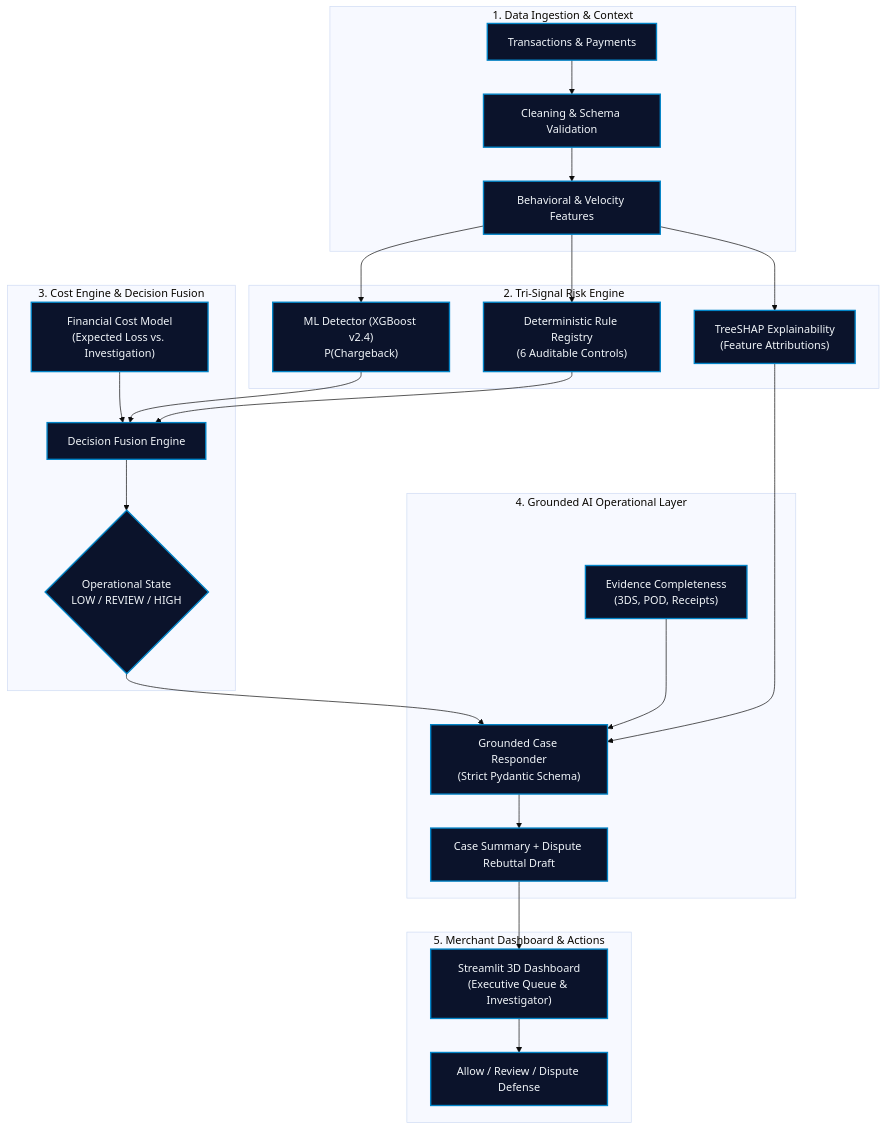
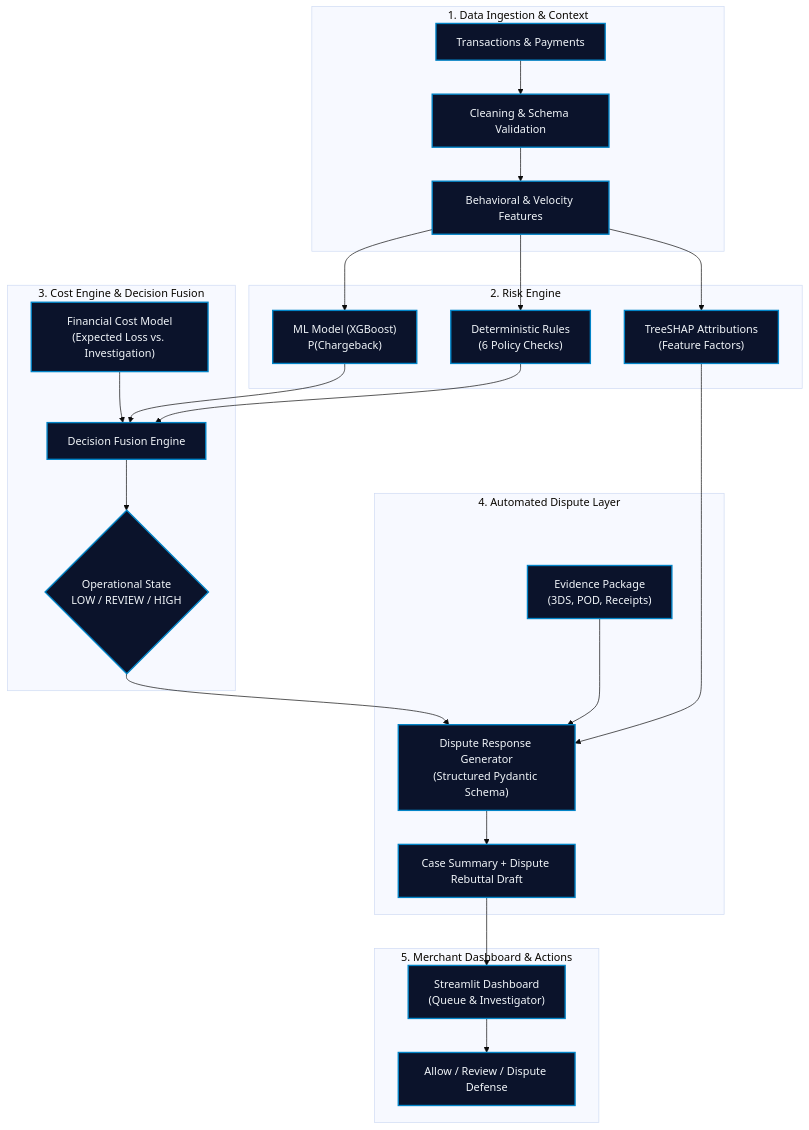
The diagram in README.md (pranay97-js/RiskForge-AI), drawn with Mermaid (base theme) before and after one commit. The commit also changed other lines of this file and 5 other files, not shown here.

````diff
--- a/README.md
+++ b/README.md
@@ -30,37 +30,37 @@
 ```mermaid
 flowchart TD
     subgraph DataSources["1. Data Ingestion & Context"]
         T["Transactions & Payments"] --> C["Cleaning & Schema Validation"]
         C --> FE["Behavioral & Velocity Features"]
     end
 
-    subgraph RiskEngine["2. Tri-Signal Risk Engine"]
-        FE --> ML["ML Detector (XGBoost v2.4)<br/>P(Chargeback)"]
-        FE --> RE["Deterministic Rule Registry<br/>(6 Auditable Controls)"]
-        FE --> SHAP["TreeSHAP Explainability<br/>(Feature Attributions)"]
+    subgraph RiskEngine["2. Risk Engine"]
+        FE --> ML["ML Model (XGBoost)<br/>P(Chargeback)"]
+        FE --> RE["Deterministic Rules<br/>(6 Policy Checks)"]
+        FE --> SHAP["TreeSHAP Attributions<br/>(Feature Factors)"]
     end
 
     subgraph DecisionLayer["3. Cost Engine & Decision Fusion"]
         ML --> DF["Decision Fusion Engine"]
         RE --> DF
         CE["Financial Cost Model<br/>(Expected Loss vs. Investigation)"] --> DF
         DF --> OS{"Operational State<br/>LOW / REVIEW / HIGH"}
     end
 
-    subgraph GroundedAI["4. Grounded AI Operational Layer"]
-        OS --> AI["Grounded Case Responder<br/>(Strict Pydantic Schema)"]
+    subgraph DisputeLayer["4. Automated Dispute Layer"]
+        OS --> AI["Dispute Response Generator<br/>(Structured Pydantic Schema)"]
         SHAP --> AI
-        EV["Evidence Completeness<br/>(3DS, POD, Receipts)"] --> AI
+        EV["Evidence Package<br/>(3DS, POD, Receipts)"] --> AI
         AI --> OUT["Case Summary + Dispute Rebuttal Draft"]
     end
 
     subgraph Action["5. Merchant Dashboard & Actions"]
-        OUT --> DASH["Streamlit 3D Dashboard<br/>(Executive Queue & Investigator)"]
+        OUT --> DASH["Streamlit Dashboard<br/>(Queue & Investigator)"]
         DASH --> ACT["Allow / Review / Dispute Defense"]
     end
 
     classDef blue fill:#0b132b,stroke:#0284c7,stroke-width:2px,color:#f1f5f9;
     classDef cyan fill:#0284c7,stroke:#38bdf8,stroke-width:2px,color:#ffffff;
     classDef dark fill:#02042b,stroke:#334155,stroke-width:1px,color:#cbd5e1;
     class T,C,FE,ML,RE,SHAP,CE,DF,OS,AI,EV,OUT,DASH,ACT blue;
 ```
````
